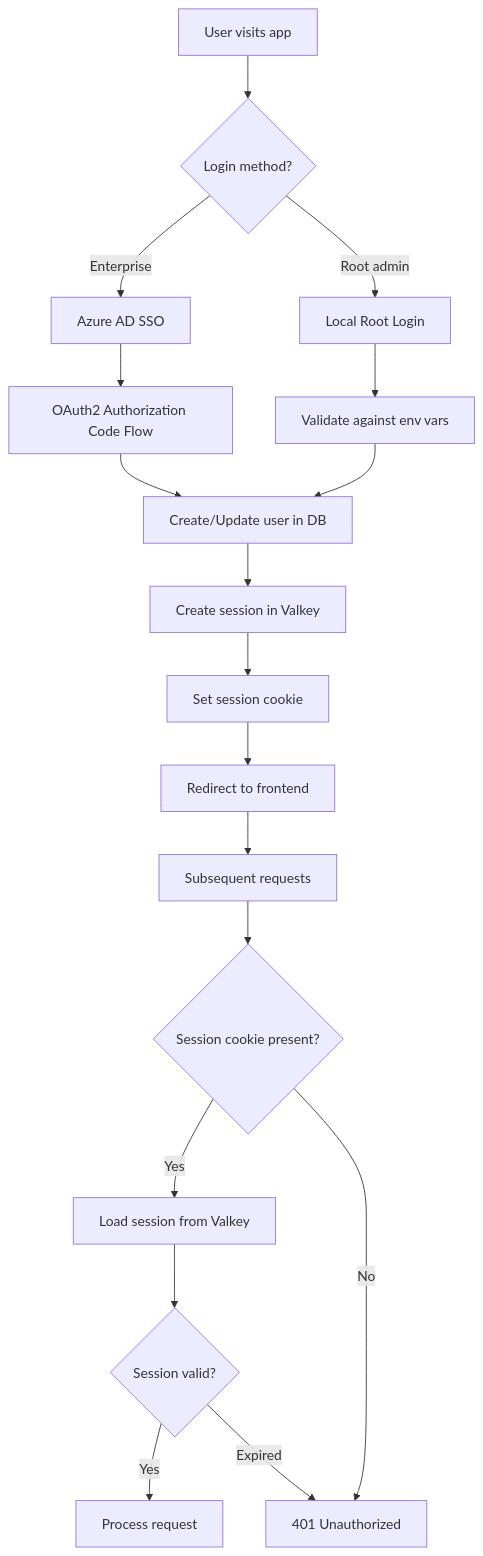
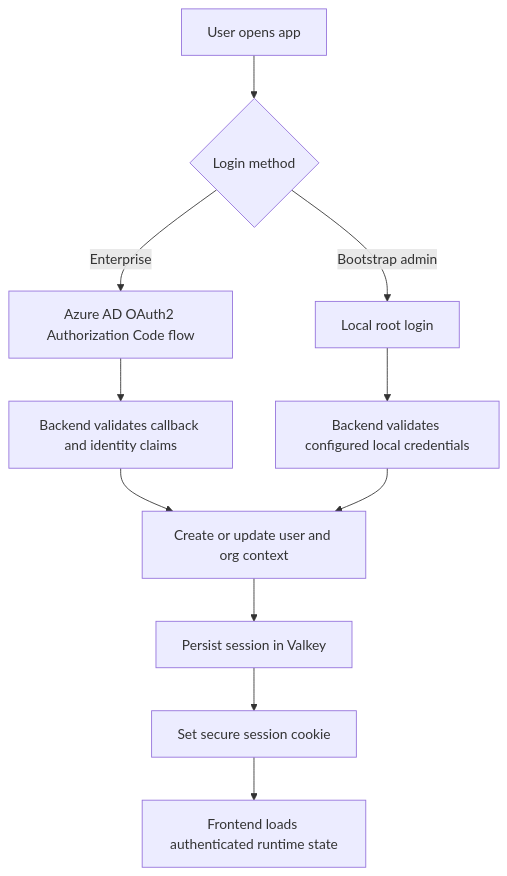
One commit to b-knowledge-solution/b-knowledge changed the first of 2 diagrams in docs/detail-design/auth/overview.md. Above: the diagram before and after it, drawn with Mermaid. The commit also changed other lines of this file and 391 other files, not shown here.

````diff
--- a/docs/detail-design/auth/overview.md
+++ b/docs/detail-design/auth/overview.md
@@ -9,24 +13,16 @@
 ```mermaid
 flowchart TD
-    A[User visits app] --> B{Login method?}
-    B -->|Enterprise| C[Azure AD SSO]
-    B -->|Root admin| D[Local Root Login]
+    A[User opens app] --> B{Login method}
+    B -->|Enterprise| C[Azure AD OAuth2 Authorization Code flow]
+    B -->|Bootstrap admin| D[Local root login]
 
-    C --> E[OAuth2 Authorization Code Flow]
-    D --> F[Validate against env vars]
+    C --> E[Backend validates callback and identity claims]
+    D --> F[Backend validates configured local credentials]
 
-    E --> G[Create/Update user in DB]
+    E --> G[Create or update user and org context]
     F --> G
 
-    G --> H[Create session in Valkey]
-    H --> I[Set session cookie]
-    I --> J[Redirect to frontend]
-
-    J --> K[Subsequent requests]
-    K --> L{Session cookie present?}
-    L -->|Yes| M[Load session from Valkey]
-    L -->|No| N[401 Unauthorized]
-    M --> O{Session valid?}
-    O -->|Yes| P[Process request]
-    O -->|Expired| N
+    G --> H[Persist session in Valkey]
+    H --> I[Set secure session cookie]
+    I --> J[Frontend loads authenticated runtime state]
 ```
````
